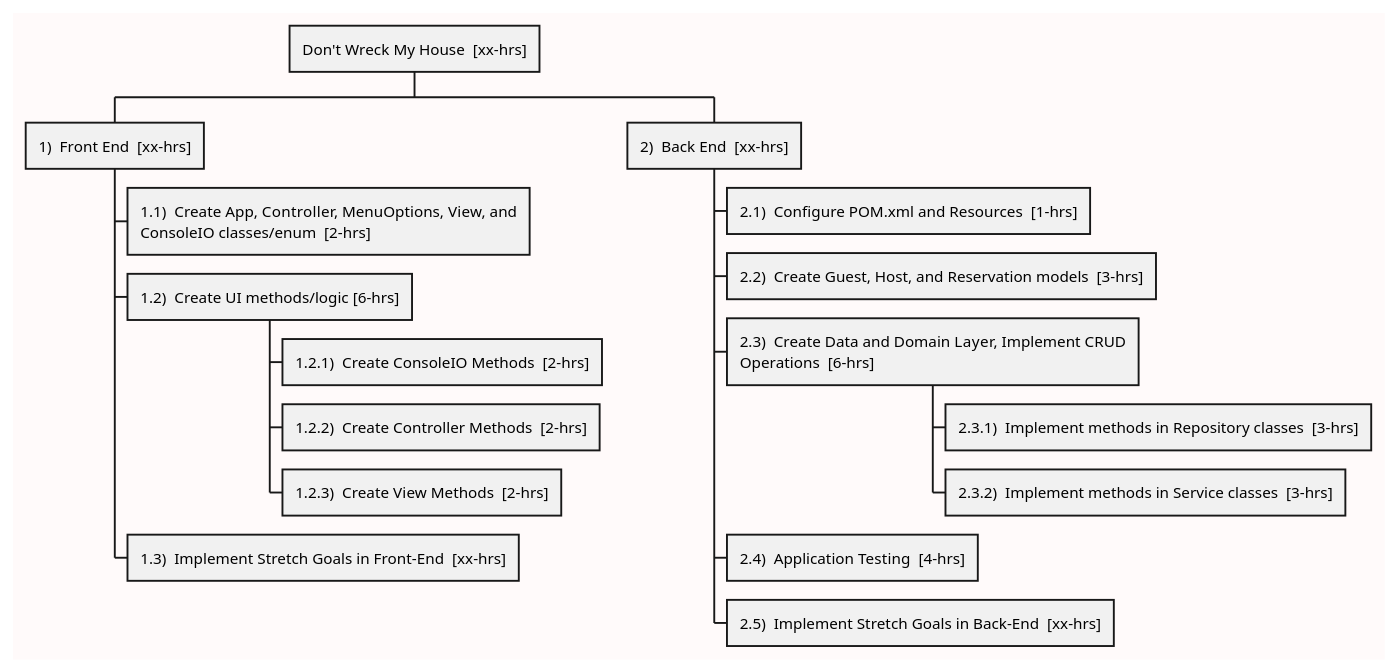
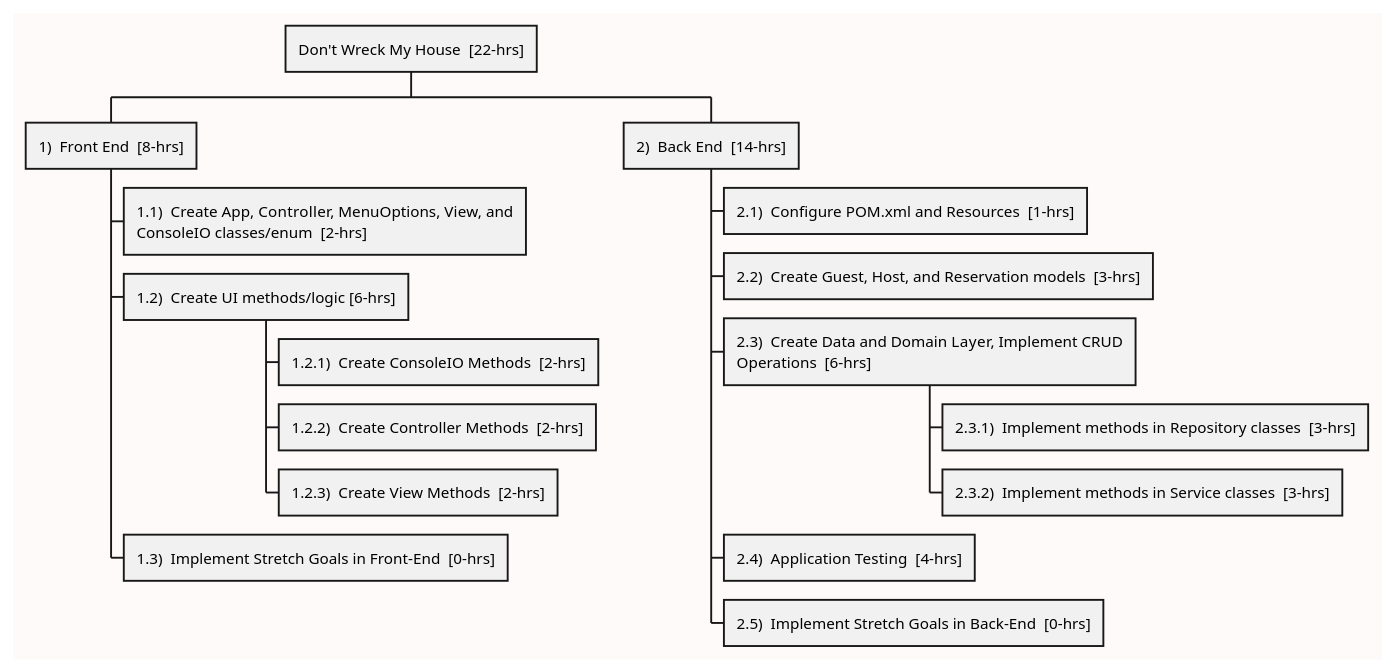
Before and after one commit to Miro-Stojanovic97/mirostoj-exercises-assessments: the second of 3 diagrams in week-05/DontWreckMyHouse/README.md, drawn with PlantUML. The commit also changed other lines of this file and 1 other file, not shown here.

````diff
--- a/week-05/DontWreckMyHouse/README.md
+++ b/week-05/DontWreckMyHouse/README.md
@@ -172,28 +172,28 @@
 ```plantuml
 @startwbs
 skinparam linetype poly
 skinparam backgroundColor snow
 
 <style>
 node {
 MaximumWidth 350
 }
 </style>
-* Don't Wreck My House  [xx-hrs]
-** 1)  Front End  [xx-hrs]
+* Don't Wreck My House  [22-hrs]
+** 1)  Front End  [8-hrs]
 *** 1.1)  Create App, Controller, MenuOptions, View, and ConsoleIO classes/enum  [2-hrs]
 *** 1.2)  Create UI methods/logic [6-hrs]
 **** 1.2.1)  Create ConsoleIO Methods  [2-hrs]
 **** 1.2.2)  Create Controller Methods  [2-hrs]
 **** 1.2.3)  Create View Methods  [2-hrs]
-*** 1.3)  Implement Stretch Goals in Front-End  [xx-hrs]
-** 2)  Back End  [xx-hrs]
+*** 1.3)  Implement Stretch Goals in Front-End  [0-hrs]
+** 2)  Back End  [14-hrs]
 *** 2.1)  Configure POM.xml and Resources  [1-hrs]
 *** 2.2)  Create Guest, Host, and Reservation models  [3-hrs]
 *** 2.3)  Create Data and Domain Layer, Implement CRUD Operations  [6-hrs]
 **** 2.3.1)  Implement methods in Repository classes  [3-hrs]
 **** 2.3.2)  Implement methods in Service classes  [3-hrs]
 *** 2.4)  Application Testing  [4-hrs]
-*** 2.5)  Implement Stretch Goals in Back-End  [xx-hrs]
+*** 2.5)  Implement Stretch Goals in Back-End  [0-hrs]
 @endwbs
 ```
````
